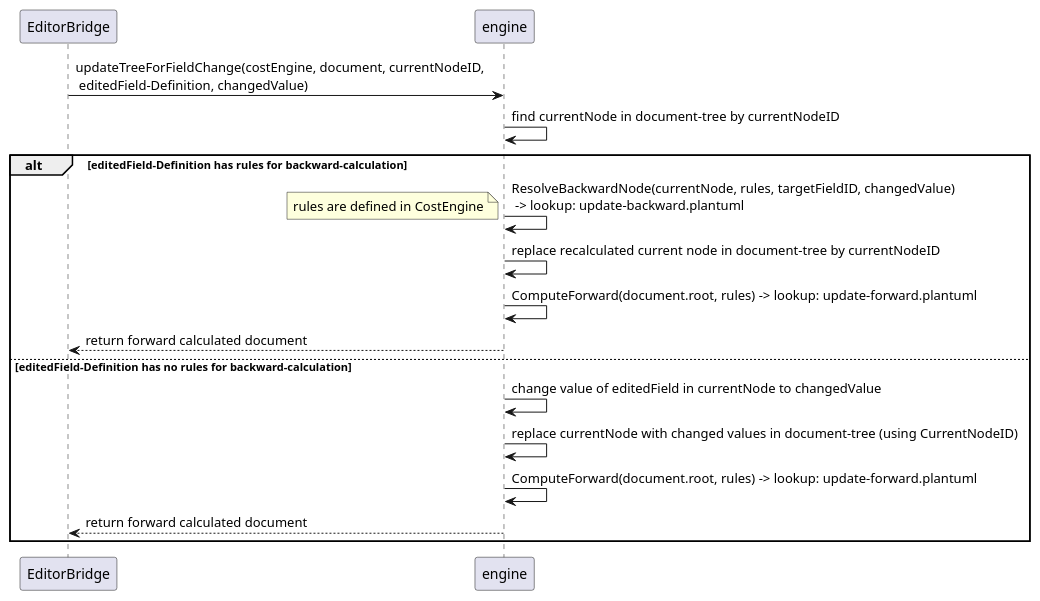
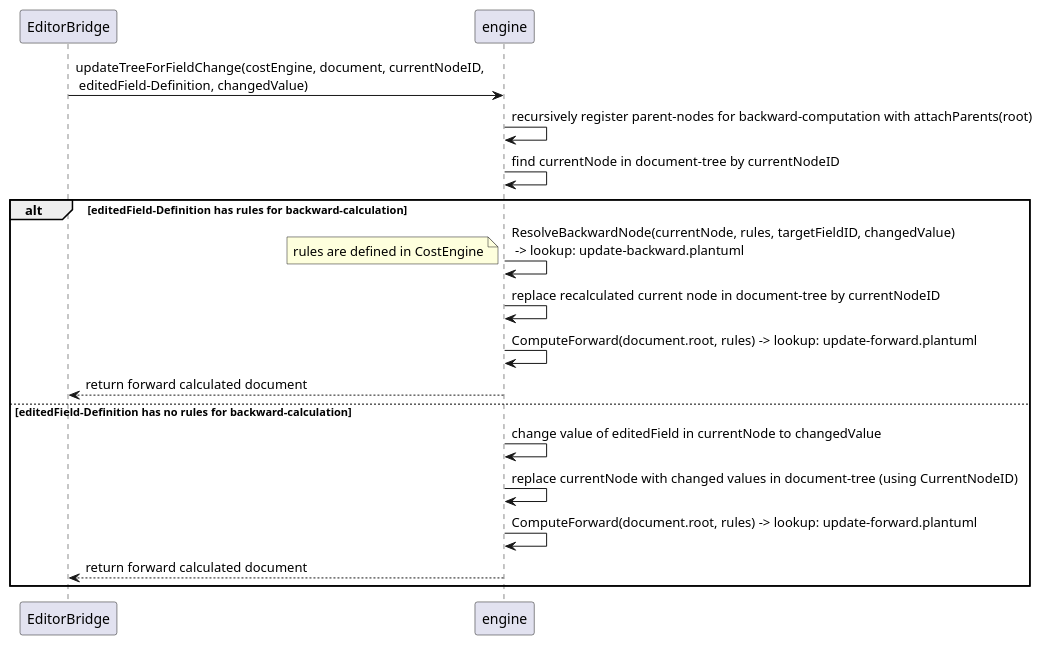
One commit to JoniRaptor/semantic-cost-position-calculation changed the diagram in src/semantic/doc/update.plantuml. Above: the diagram before and after it, drawn with PlantUML. The commit also changed 4 other files, not shown here.

Commit message:
backward-calculation with percentage-discount added. Updated Plantuml Dokumentation with forward and backward calculation of percentage-discount-nodes.

```diff
--- a/src/semantic/doc/update.plantuml
+++ b/src/semantic/doc/update.plantuml
@@ -1,19 +1,20 @@
 @startuml
 participant "EditorBridge" as Bridge
 participant "engine" as E
 
 Bridge -> E: updateTreeForFieldChange(costEngine, document, currentNodeID, \n editedField-Definition, changedValue)
+E -> E: recursively register parent-nodes for backward-computation with attachParents(root)
 E -> E: find currentNode in document-tree by currentNodeID
 alt editedField-Definition has rules for backward-calculation
     E -> E: ResolveBackwardNode(currentNode, rules, targetFieldID, changedValue) \n -> lookup: update-backward.plantuml
     note left: rules are defined in CostEngine
     E -> E: replace recalculated current node in document-tree by currentNodeID
     E -> E: ComputeForward(document.root, rules) -> lookup: update-forward.plantuml
     E --> Bridge: return forward calculated document
 else editedField-Definition has no rules for backward-calculation
     E -> E: change value of editedField in currentNode to changedValue
     E -> E: replace currentNode with changed values in document-tree (using CurrentNodeID)
     E -> E: ComputeForward(document.root, rules) -> lookup: update-forward.plantuml
     E --> Bridge: return forward calculated document
 end
 @enduml
```
